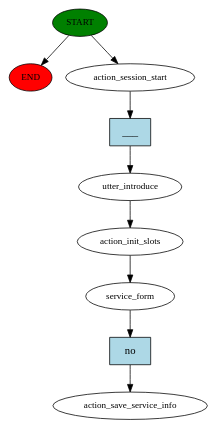
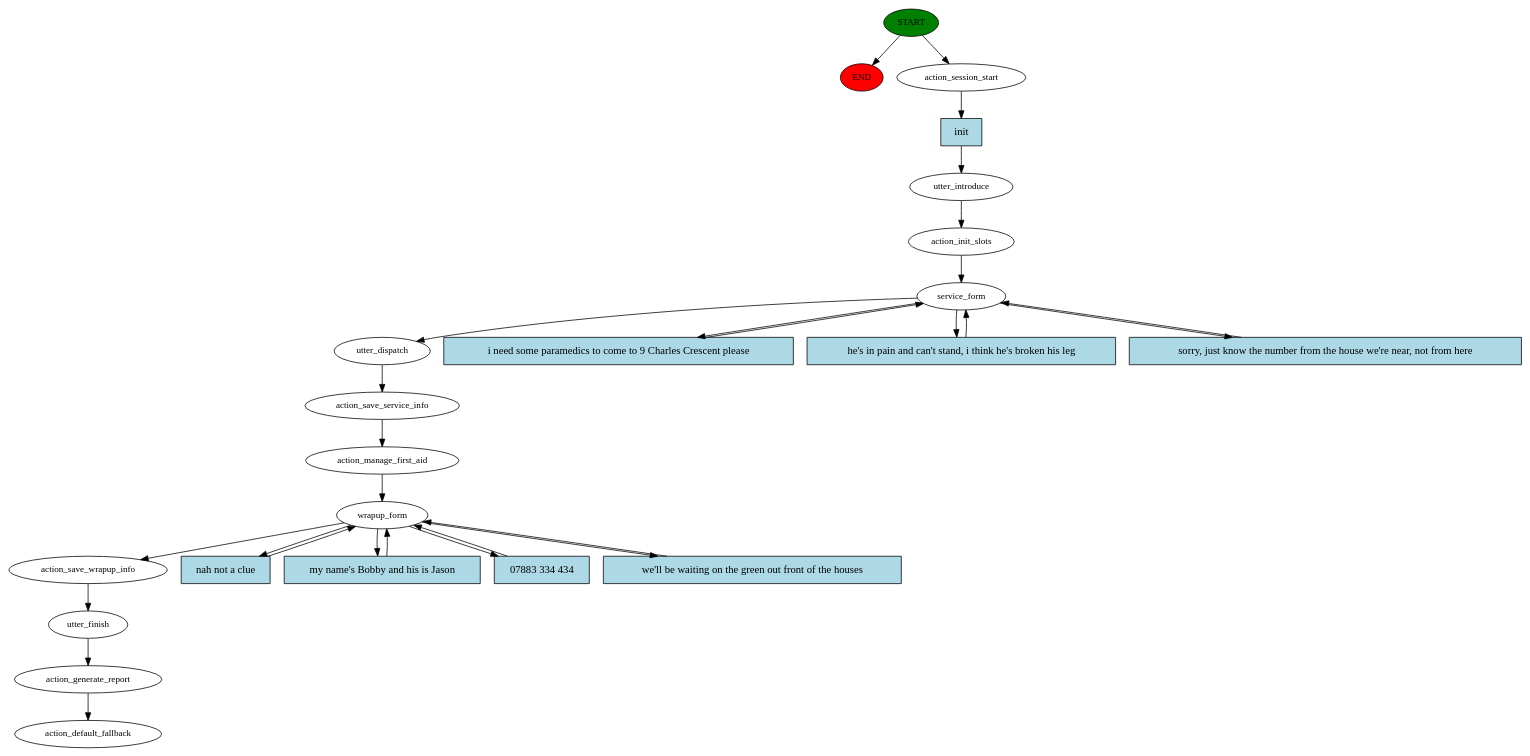
The diagram in chatbot/story_graph.dot (JackFarmer132/CS310Project), drawn with Graphviz before and after one commit. The commit also changed 22 other files, not shown here.

```diff
--- a/chatbot/story_graph.dot
+++ b/chatbot/story_graph.dot
@@ -1,19 +1,52 @@
 digraph  {
 0 [class="start active", fillcolor=green, fontsize=12, label=START, style=filled];
 "-1" [class=end, fillcolor=red, fontsize=12, label=END, style=filled];
 1 [class=active, fontsize=12, label=action_session_start];
 2 [class=active, fontsize=12, label=utter_introduce];
 3 [class=active, fontsize=12, label=action_init_slots];
 4 [class=active, fontsize=12, label=service_form];
-5 [class="dashed active", fontsize=12, label=action_save_service_info];
-6 [class="intent active", fillcolor=lightblue, label=___, shape=rect, style=filled];
-7 [class="intent active", fillcolor=lightblue, label=no, shape=rect, style=filled];
+9 [class=active, fontsize=12, label=utter_dispatch];
+10 [class=active, fontsize=12, label=action_save_service_info];
+11 [class=active, fontsize=12, label=action_manage_first_aid];
+12 [class=active, fontsize=12, label=wrapup_form];
+17 [class=active, fontsize=12, label=action_save_wrapup_info];
+18 [class=active, fontsize=12, label=utter_finish];
+19 [class=active, fontsize=12, label=action_generate_report];
+20 [class="dashed active", fontsize=12, label=action_default_fallback];
+21 [class="intent active", fillcolor=lightblue, label=init, shape=rect, style=filled];
+22 [class="intent active", fillcolor=lightblue, label="i need some paramedics to come to 9 Charles Crescent please", shape=rect, style=filled];
+23 [class="intent active", fillcolor=lightblue, label="he's in pain and can't stand, i think he's broken his leg", shape=rect, style=filled];
+24 [class="intent active", fillcolor=lightblue, label="sorry, just know the number from the house we're near, not from here", shape=rect, style=filled];
+25 [class="intent active", fillcolor=lightblue, label="nah not a clue", shape=rect, style=filled];
+26 [class="intent active", fillcolor=lightblue, label="my name's Bobby and his is Jason", shape=rect, style=filled];
+27 [class="intent active", fillcolor=lightblue, label="07883 334 434", shape=rect, style=filled];
+28 [class="intent active", fillcolor=lightblue, label="we'll be waiting on the green out front of the houses", shape=rect, style=filled];
 0 -> "-1"  [class="", key=NONE, label=""];
 0 -> 1  [class=active, key=NONE, label=""];
-1 -> 6  [class=active, key=0];
+1 -> 21  [class=active, key=0];
 2 -> 3  [class=active, key=NONE, label=""];
 3 -> 4  [class=active, key=NONE, label=""];
-4 -> 7  [class=active, key=0];
-6 -> 2  [class=active, key=0];
-7 -> 5  [class=active, key=0];
+4 -> 9  [class=active, key=NONE, label=""];
+4 -> 22  [class=active, key=0];
+4 -> 23  [class=active, key=0];
+4 -> 24  [class=active, key=0];
+9 -> 10  [class=active, key=NONE, label=""];
+10 -> 11  [class=active, key=NONE, label=""];
+11 -> 12  [class=active, key=NONE, label=""];
+12 -> 17  [class=active, key=NONE, label=""];
+12 -> 25  [class=active, key=0];
+12 -> 26  [class=active, key=0];
+12 -> 27  [class=active, key=0];
+12 -> 28  [class=active, key=0];
+17 -> 18  [class=active, key=NONE, label=""];
+18 -> 19  [class=active, key=NONE, label=""];
+19 -> 20  [class=active, key=NONE, label=""];
+21 -> 2  [class=active, key=0];
+22 -> 4  [class=active, key=0];
+23 -> 4  [class=active, key=0];
+24 -> 4  [class=active, key=0];
+25 -> 12  [class=active, key=0];
+26 -> 12  [class=active, key=0];
+27 -> 12  [class=active, key=0];
+28 -> 12  [class=active, key=0];
 }
```
